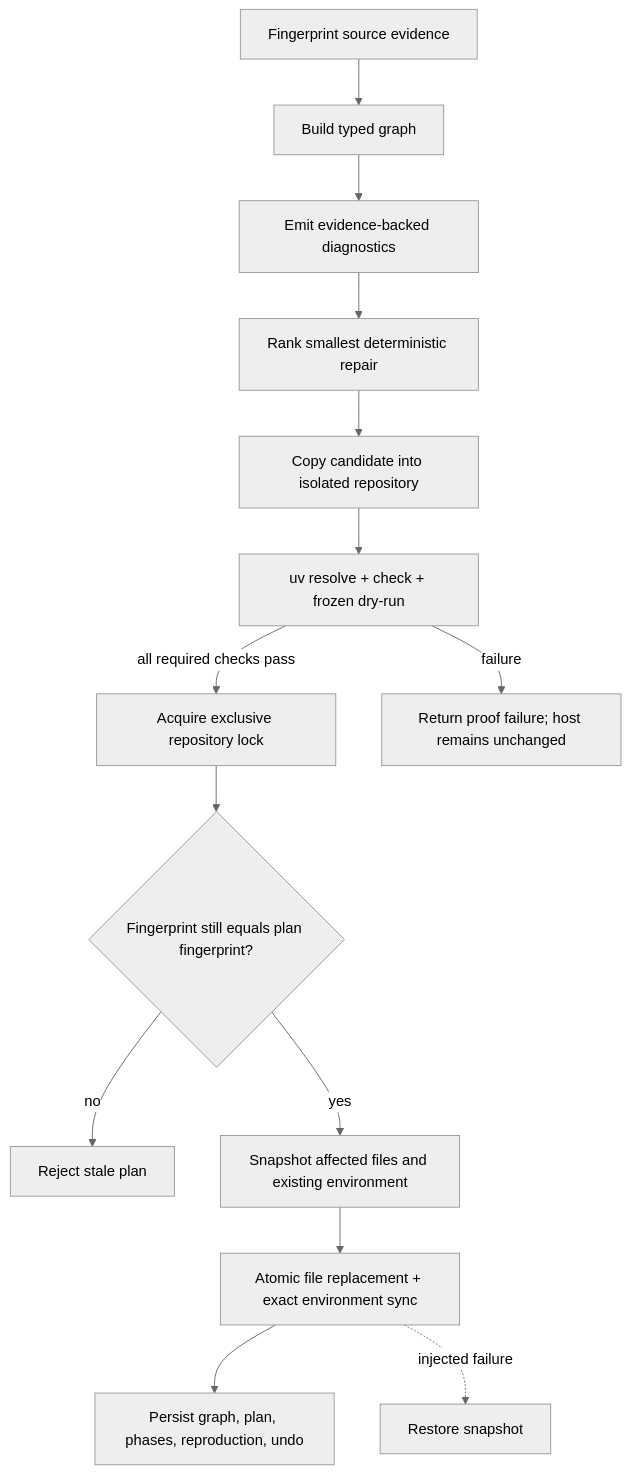
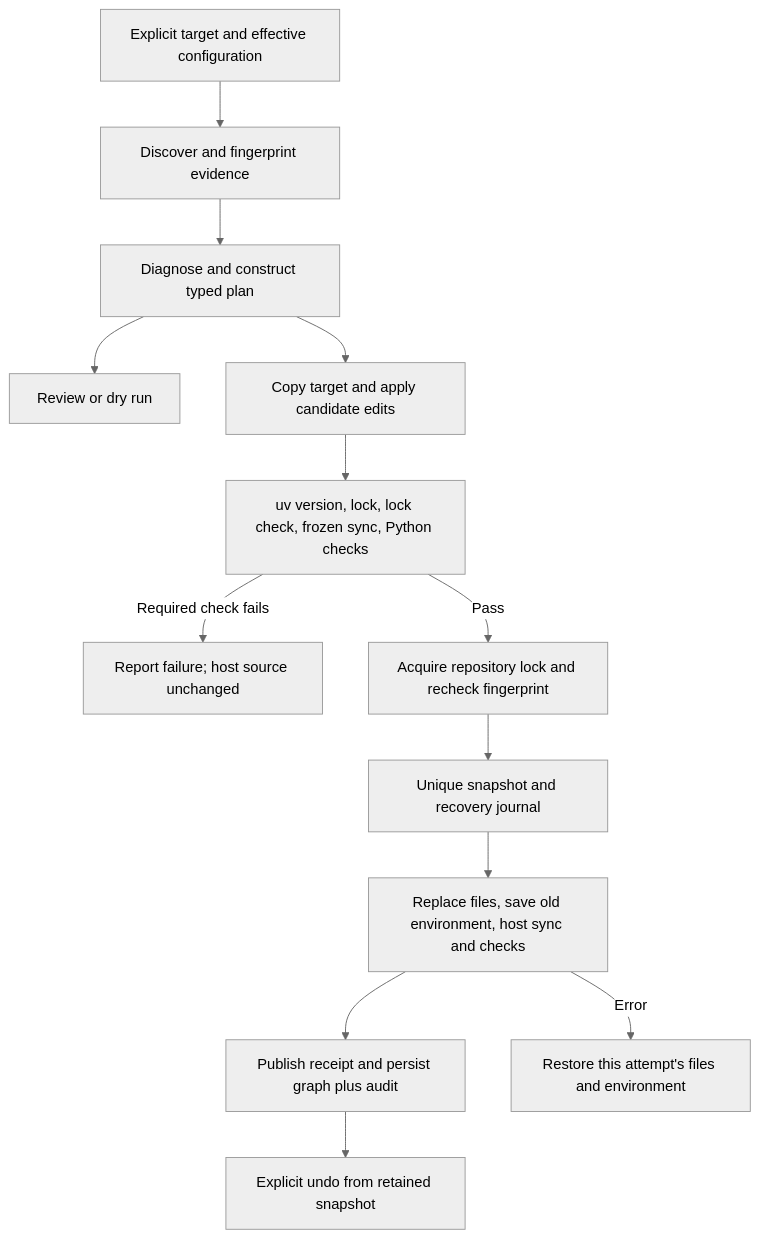
One commit to desenyon/converge changed the diagram in README.md. Above: the diagram before and after it, drawn with Mermaid (neutral theme). The commit also changed other lines of this file and 43 other files, not shown here.

````diff
--- a/README.md
+++ b/README.md
@@ -253,11 +113,15 @@
 ```mermaid
-flowchart TB
-  E["Fingerprint source evidence"] --> G["Build typed graph"] --> D["Emit evidence-backed diagnostics"] --> P["Rank smallest deterministic repair"]
-  P --> C["Copy candidate into isolated repository"] --> UV["uv resolve + check + frozen dry-run"]
-  UV -->|all required checks pass| L["Acquire exclusive repository lock"]
-  UV -->|failure| STOP["Return proof failure; host remains unchanged"]
-  L --> F{"Fingerprint still equals plan fingerprint?"}
-  F -->|no| STALE["Reject stale plan"]
-  F -->|yes| S["Snapshot affected files and existing environment"] --> A["Atomic file replacement + exact environment sync"] --> AUDIT["Persist graph, plan, phases, reproduction, undo"]
-  A -. injected failure .-> R["Restore snapshot"]
+flowchart TD
+  Input[Explicit target and effective configuration] --> Discover[Discover and fingerprint evidence]
+  Discover --> Plan[Diagnose and construct typed plan]
+  Plan --> Preview[Review or dry run]
+  Plan --> Sandbox[Copy target and apply candidate edits]
+  Sandbox --> UV[uv version, lock, lock check, frozen sync, Python checks]
+  UV -->|Required check fails| Stop[Report failure; host source unchanged]
+  UV -->|Pass| Lock[Acquire repository lock and recheck fingerprint]
+  Lock --> Journal[Unique snapshot and recovery journal]
+  Journal --> Apply[Replace files, save old environment, host sync and checks]
+  Apply --> Commit[Publish receipt and persist graph plus audit]
+  Apply -->|Error| Rollback[Restore this attempt's files and environment]
+  Commit --> Undo[Explicit undo from retained snapshot]
 ```
````
